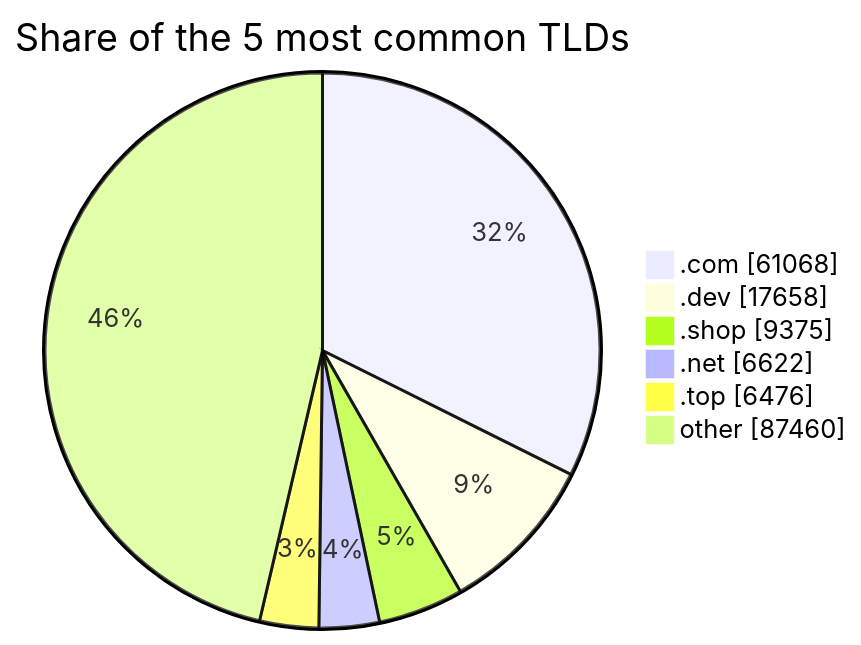
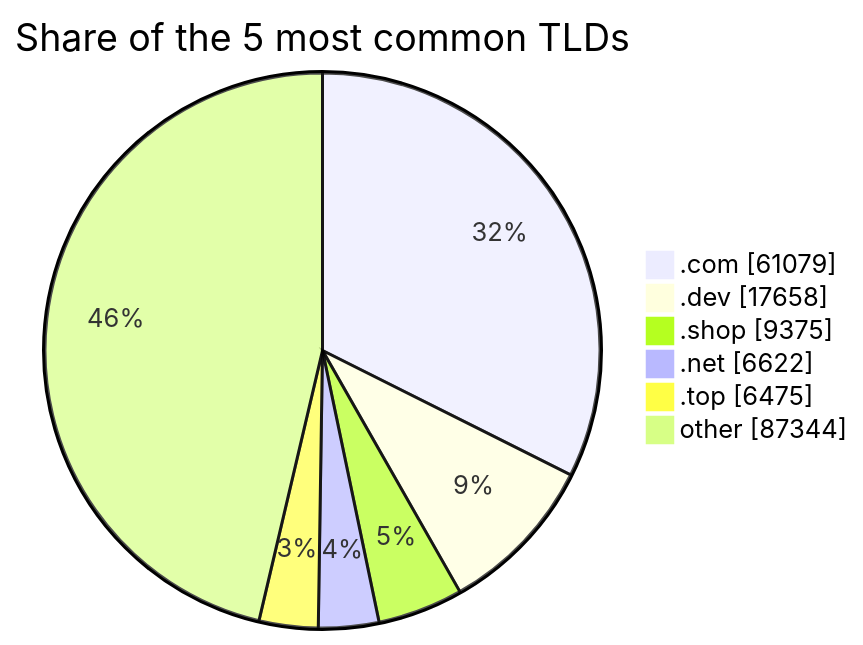
One commit to DNSBunker/CTI changed the third of 3 diagrams in README.md. Above: the diagram before and after it, drawn with Mermaid. The commit also changed other lines of this file and 3 other files, not shown here.

````diff
--- a/README.md
+++ b/README.md
@@ -81,9 +81,9 @@
 ```mermaid
 pie showData title Share of the 5 most common TLDs
-    ".com" : 61068
+    ".com" : 61079
     ".dev" : 17658
     ".shop" : 9375
     ".net" : 6622
-    ".top" : 6476
-    "other" : 87460
+    ".top" : 6475
+    "other" : 87344
 ```
````
